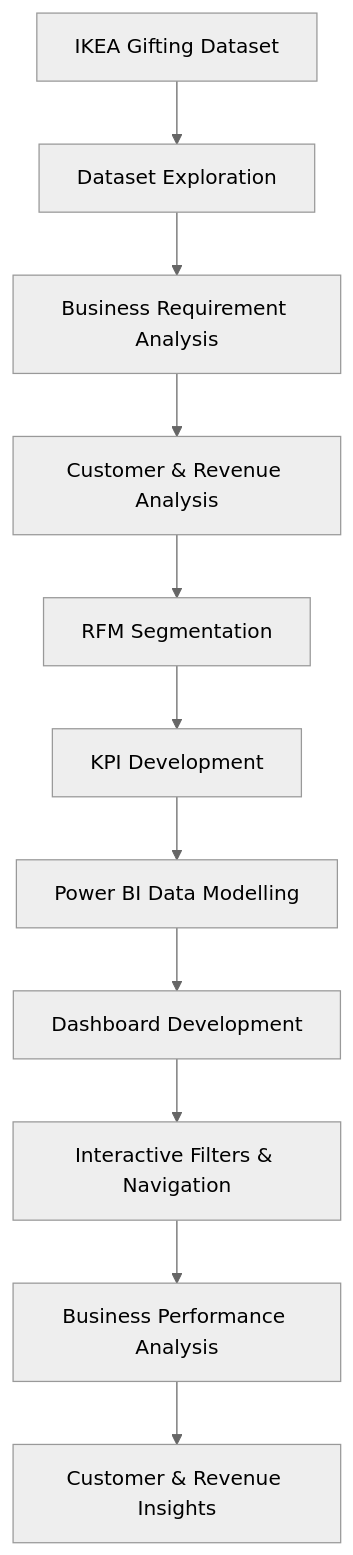
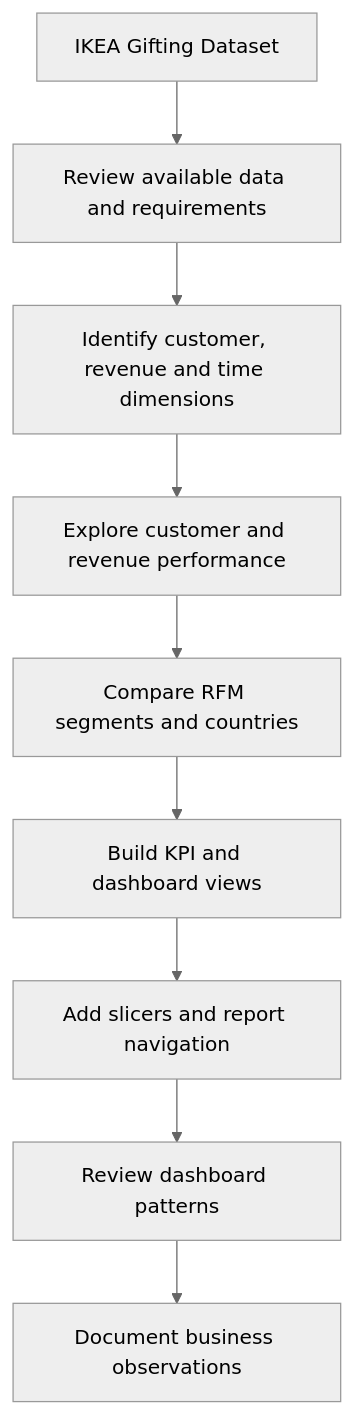
The diagram in README.md (Vanshika26Ramjas/IKEA-Analytics-Project), drawn with Mermaid (neutral theme) before and after one commit. The commit also changed other lines of this file, not shown here.

````diff
--- a/README.md
+++ b/README.md
@@ -530,13 +293,11 @@
 ```mermaid
 flowchart TD
-    A["IKEA Gifting Dataset"] --> B["Dataset Exploration"]
-    B --> C["Business Requirement Analysis"]
-    C --> D["Customer & Revenue Analysis"]
-    D --> E["RFM Segmentation"]
-    E --> F["KPI Development"]
-    F --> G["Power BI Data Modelling"]
-    G --> H["Dashboard Development"]
-    H --> I["Interactive Filters & Navigation"]
-    I --> J["Business Performance Analysis"]
-    J --> K["Customer & Revenue Insights"]
+    A[IKEA Gifting Dataset] --> B[Review available data and requirements]
+    B --> C[Identify customer, revenue and time dimensions]
+    C --> D[Explore customer and revenue performance]
+    D --> E[Compare RFM segments and countries]
+    E --> F[Build KPI and dashboard views]
+    F --> G[Add slicers and report navigation]
+    G --> H[Review dashboard patterns]
+    H --> I[Document business observations]
 ```
````
